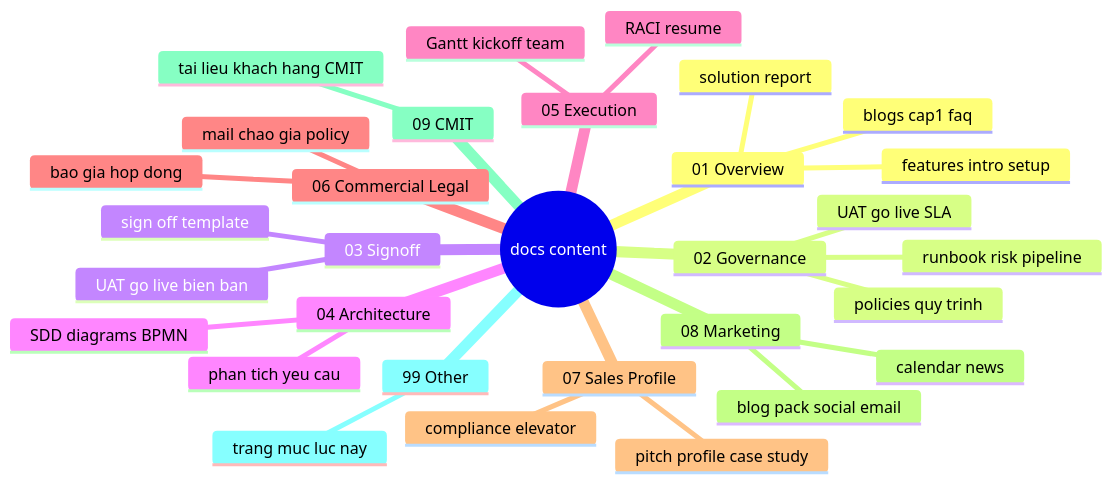
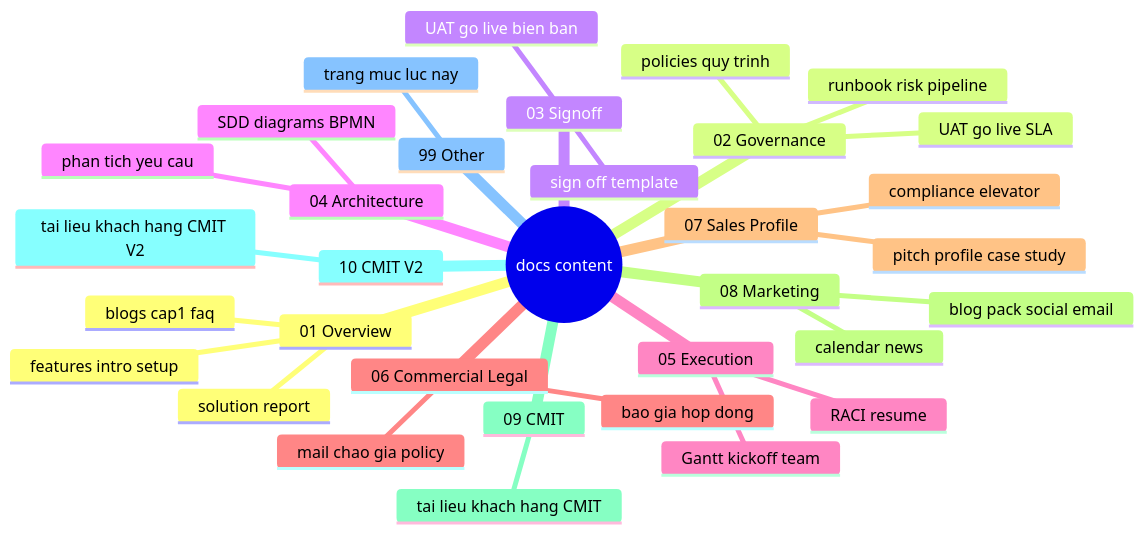
One commit to vntayemm/demo-chatbot changed the diagram in docs/content/99-other/index.md. Above: the diagram before and after it, drawn with Mermaid. The commit also changed other lines of this file and 43 other files, not shown here.

````diff
--- a/docs/content/99-other/index.md
+++ b/docs/content/99-other/index.md
@@ -13,34 +13,36 @@
 ```mermaid
 mindmap
   root((docs content))
     01 Overview
       blogs cap1 faq
       features intro setup
       solution report
     02 Governance
       UAT go live SLA
       runbook risk pipeline
       policies quy trinh
     03 Signoff
       UAT go live bien ban
       sign off template
     04 Architecture
       SDD diagrams BPMN
       phan tich yeu cau
     05 Execution
       Gantt kickoff team
       RACI resume
     06 Commercial Legal
       bao gia hop dong
       mail chao gia policy
     07 Sales Profile
       pitch profile case study
       compliance elevator
     08 Marketing
       blog pack social email
       calendar news
     09 CMIT
       tai lieu khach hang CMIT
+    10 CMIT V2
+      tai lieu khach hang CMIT V2
     99 Other
       trang muc luc nay
 ```
````
